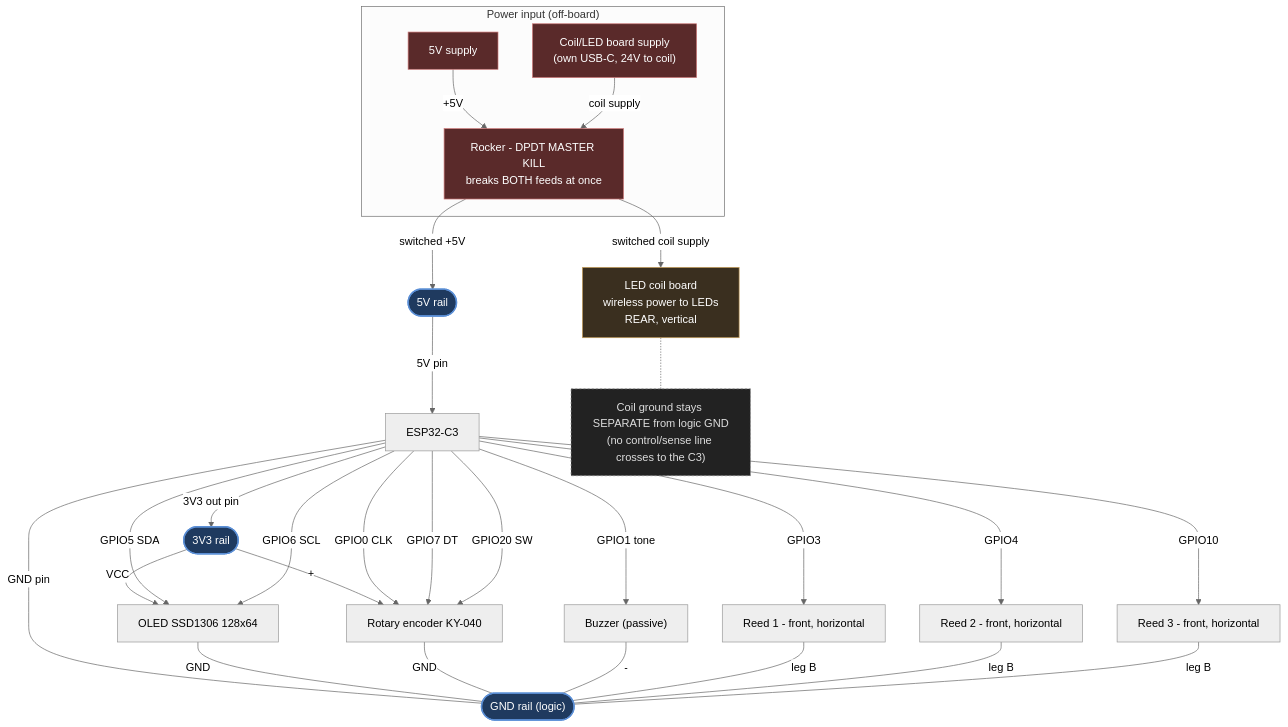
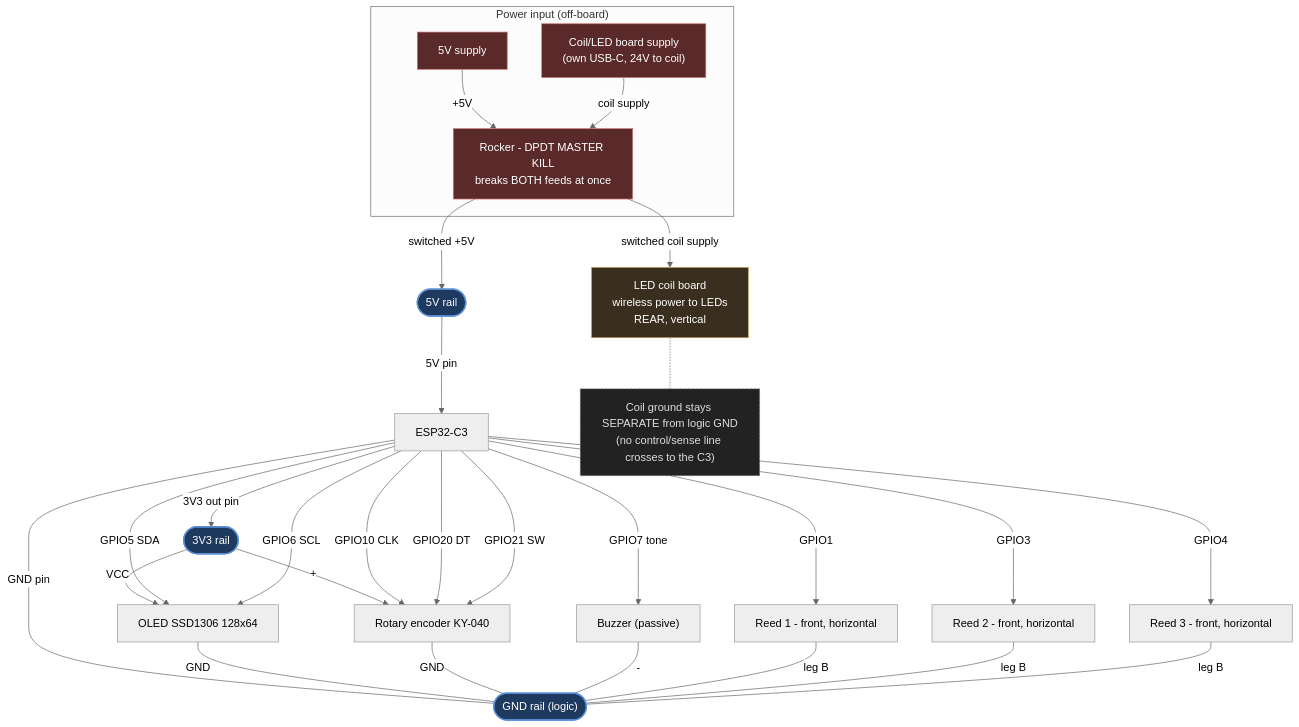
Before and after one commit to Pharkie/alchemist-study: the diagram in docs/CIRCUIT.md, drawn with Mermaid (neutral theme). The commit also changed other lines of this file and 5 other files, not shown here.

````diff
--- a/docs/CIRCUIT.md
+++ b/docs/CIRCUIT.md
@@ -7,61 +7,61 @@
 ```mermaid
 flowchart TB
   %% ===== Power input - off-board =====
   subgraph PWRIN["Power input (off-board)"]
     SRC5["5V supply"]
     SRC24["Coil/LED board supply<br/>(own USB-C, 24V to coil)"]
     SW["Rocker - DPDT MASTER KILL<br/>breaks BOTH feeds at once"]
   end
 
   %% ===== ElectroCookie rails - logic domain =====
   R5V(["5V rail"])
   R3V3(["3V3 rail"])
   RGND(["GND rail (logic)"])
   C3["ESP32-C3"]
 
   %% ===== LED coil - separate power domain =====
   COIL["LED coil board<br/>wireless power to LEDs<br/>REAR, vertical"]
   NOTE["Coil ground stays SEPARATE from logic GND<br/>(no control/sense line crosses to the C3)"]
 
   %% ----- Master switch cuts both supplies -----
   SRC5 -->|"+5V"| SW
   SRC24 -->|"coil supply"| SW
   SW -->|"switched +5V"| R5V
   SW -->|"switched coil supply"| COIL
   COIL -.- NOTE
 
   %% ----- Logic power tree -----
   R5V -->|"5V pin"| C3
   C3 -->|"3V3 out pin"| R3V3
   C3 ---|"GND pin"| RGND
   R3V3 -->|"VCC"| OLED["OLED SSD1306 128x64"]
   R3V3 -->|"+"| ENC["Rotary encoder KY-040"]
 
   %% ----- Signals from the C3 -----
   C3 -->|"GPIO5 SDA"| OLED
   C3 -->|"GPIO6 SCL"| OLED
-  C3 -->|"GPIO1 tone"| BUZ["Buzzer (passive)"]
-  C3 -->|"GPIO0 CLK"| ENC
-  C3 -->|"GPIO7 DT"| ENC
-  C3 -->|"GPIO20 SW"| ENC
-  C3 -->|"GPIO3"| RD1["Reed 1 - front, horizontal"]
-  C3 -->|"GPIO4"| RD2["Reed 2 - front, horizontal"]
-  C3 -->|"GPIO10"| RD3["Reed 3 - front, horizontal"]
+  C3 -->|"GPIO7 tone"| BUZ["Buzzer (passive)"]
+  C3 -->|"GPIO10 CLK"| ENC
+  C3 -->|"GPIO20 DT"| ENC
+  C3 -->|"GPIO21 SW"| ENC
+  C3 -->|"GPIO1"| RD1["Reed 1 - front, horizontal"]
+  C3 -->|"GPIO3"| RD2["Reed 2 - front, horizontal"]
+  C3 -->|"GPIO4"| RD3["Reed 3 - front, horizontal"]
 
   %% ----- Logic ground returns -----
   OLED ---|"GND"| RGND
   ENC ---|"GND"| RGND
   BUZ ---|"-"| RGND
   RD1 ---|"leg B"| RGND
   RD2 ---|"leg B"| RGND
   RD3 ---|"leg B"| RGND
 
   classDef rail fill:#1f3a5f,stroke:#5b8fd6,color:#ffffff,stroke-width:2px;
   classDef power fill:#5a2a2a,stroke:#c77,color:#ffffff;
   classDef coil fill:#3a2f1f,stroke:#c9a05b,color:#ffffff;
   classDef note fill:#222,stroke:#888,color:#ddd,stroke-dasharray:3 3;
   class R5V,R3V3,RGND rail;
   class SRC5,SRC24,SW power;
   class COIL coil;
   class NOTE note;
 ```
````
